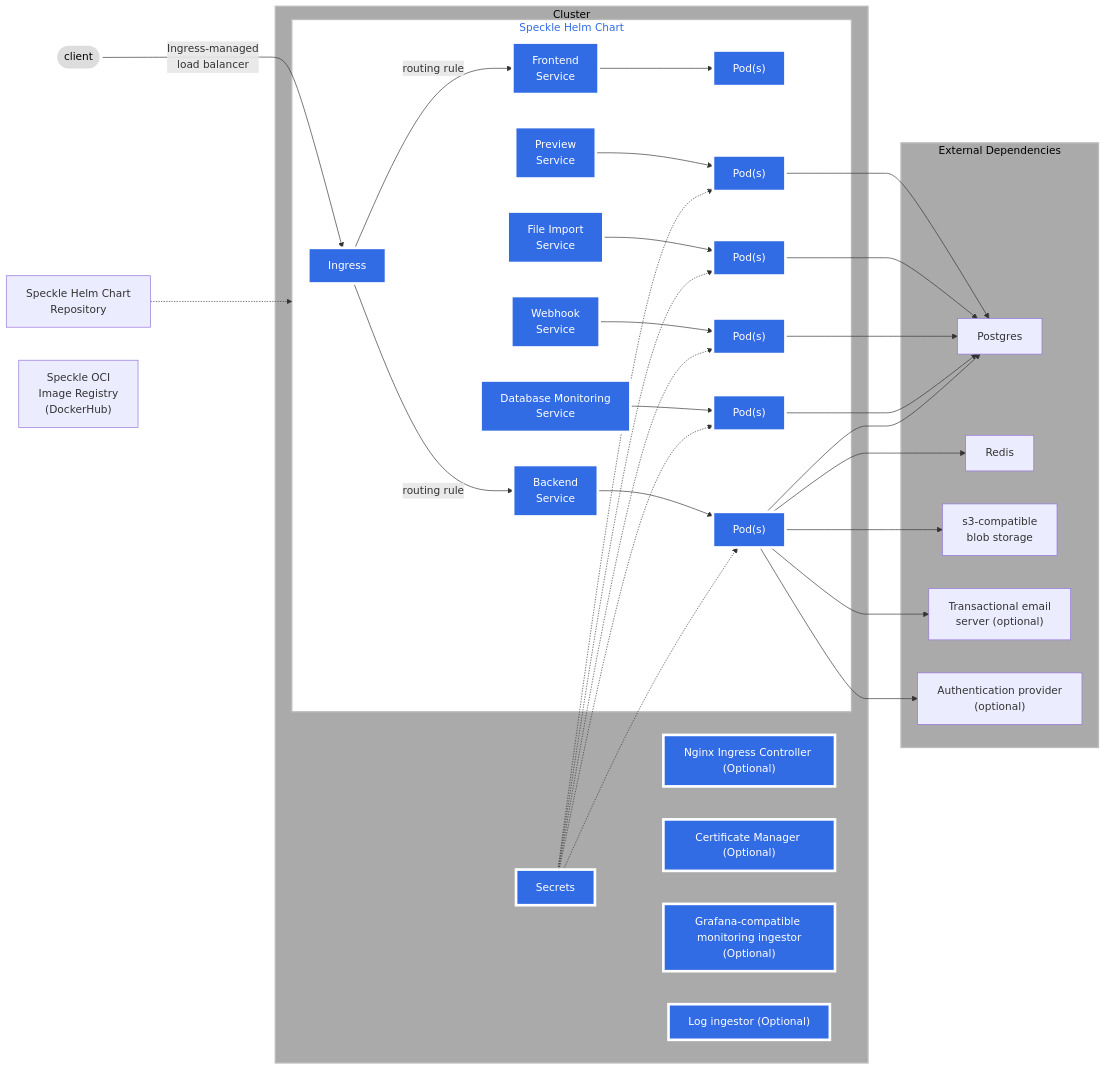
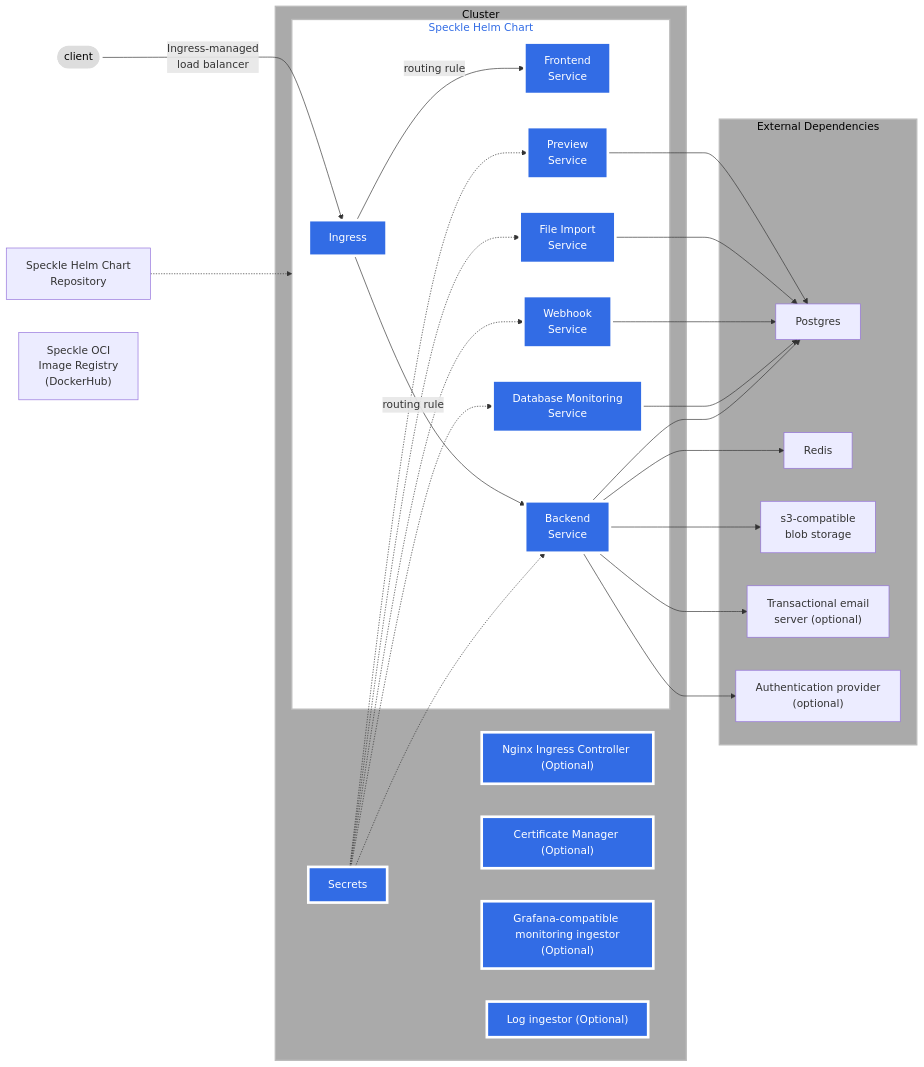
One commit to specklesystems/speckle-server changed the diagram in utils/helm/speckle-server/schematic.md. Above: the diagram before and after it, drawn with Mermaid.

Commit message:
Simplify diagram by merging pod into respective service.

````diff
--- a/utils/helm/speckle-server/schematic.md
+++ b/utils/helm/speckle-server/schematic.md
@@ -3,62 +3,61 @@
 ```mermaid
 graph LR;
  client([client])-->|Ingress-managed <br> load balancer|ingress[Ingress];
  helmrepo["Speckle Helm Chart <br> Repository"]
  click helmrepo "https://specklesystems.github.io/helm/" _blank
  imageregistry["Speckle OCI <br> Image Registry <br> (DockerHub)"]
  click imageregistry "https://hub.docker.com/r/speckle/speckle-server" _blank
  helmrepo-.->helm;
 
  subgraph helm[Speckle Helm Chart]
  ingress;
  ingress-->|routing rule|svcfrontend[Frontend <br> Service];
  ingress-->|routing rule|backend[Backend <br> Service];
- svcfrontend-->podfrontend["Pod(s)"];
- backend-->pod3["Pod(s)"];
- preview[Preview <br> Service]-->pod5["Pod(s)"];
- fileimport[File Import <br> Service]-->pod6["Pod(s)"];
- webhook[Webhook <br> Service]-->pod7["Pod(s)"];
- databasemonitor[Database Monitoring <br> Service]-->pod8["Pod(s)"]
+ svcfrontend;
+ backend;
+ preview[Preview <br> Service];
+ fileimport[File Import <br> Service];
+ webhook[Webhook <br> Service];
+ databasemonitor[Database Monitoring <br> Service];
  end
 
  subgraph cluster[Cluster]
  nginx["Nginx Ingress Controller (Optional)"];
  certmanager["Certificate Manager (Optional)"];
  monitoring["Grafana-compatible <br> monitoring ingestor (Optional)"];
  logging["Log ingestor (Optional)"];
  secrets["Secrets"]
  helm;
  end
 
- pod5-->postgres;
- pod6-->postgres;
- pod7-->postgres;
- pod8-->postgres;
- pod3-->postgres;
- pod3-->redis;
- pod3-->blobstore;
- pod3-->emailserver;
- pod3-->authprovider;
- secrets-.->pod3
- secrets-.->pod5
- secrets-.->pod6
- secrets-.->pod7
- secrets-.->pod8
+ preview-->postgres;
+ fileimport-->postgres;
+ webhook-->postgres;
+ databasemonitor-->postgres;
+ backend-->postgres;
+ backend-->redis;
+ backend-->blobstore;
+ backend-->emailserver;
+ backend-->authprovider;
+ secrets-.->backend;
+ secrets-.->preview;
+ secrets-.->fileimport;
+ secrets-.->webhook;
+ secrets-.->databasemonitor;
 
  subgraph externalDependencies[External Dependencies]
  postgres[Postgres];
  redis[Redis];
  blobstore[s3-compatible <br> blob storage];
  emailserver["Transactional email <br> server (optional)"];
  authprovider["Authentication provider <br> (optional)"];
  end
  classDef plain fill:#ddd,stroke:#fff,stroke-width:4px,color:#000;
  classDef k8s fill:#326ce5,stroke:#fff,stroke-width:4px,color:#fff;
  classDef cluster fill:#aaa,stroke:#bbb,stroke-width:2px,color:#000;
  classDef helm fill:#fff,stroke:#bbb,stroke-width:2px,color:#326ce5;
- class ingress,test,svcfrontend,backend,preview,fileimport,webhook,databasemonitor,podfrontend,pod3,pod5,pod6,pod7,pod8,nginx,certmanager,monitoring,logging,secrets k8s;
+ class ingress,test,svcfrontend,backend,preview,fileimport,webhook,databasemonitor,nginx,certmanager,monitoring,logging,secrets k8s;
  class client plain;
  class cluster,externalDependencies cluster;
  class helm helm;
-
 ```
````
